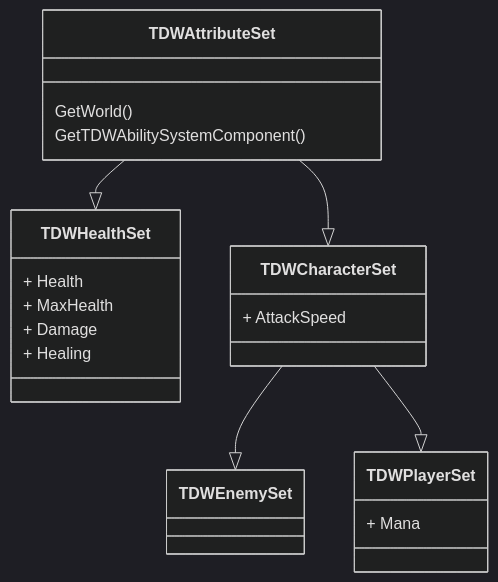
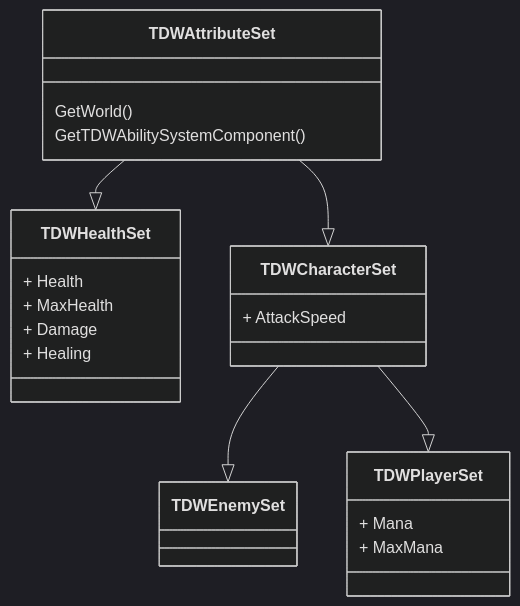
The diagram in README.md (EricGomesGregory/TDW-GameplayTest), drawn with Mermaid (dark theme) before and after one commit. The commit also changed other lines of this file, not shown here.

````diff
--- a/README.md
+++ b/README.md
@@ -28,32 +46,33 @@
 ```mermaid
 classDiagram
 
 TDWAttributeSet --|> TDWHealthSet
 
 TDWAttributeSet --|> TDWCharacterSet
 
 TDWCharacterSet --|> TDWEnemySet
 
 TDWCharacterSet --|> TDWPlayerSet
 
 class TDWAttributeSet {
     GetWorld()
     GetTDWAbilitySystemComponent()
 }
 
 class TDWHealthSet {
     + Health
     + MaxHealth
     + Damage
     + Healing
 }
 
 class TDWCharacterSet {
     + AttackSpeed
 }
 
 class TDWPlayerSet {
     + Mana
+    + MaxMana
 }
 
 ```
````
